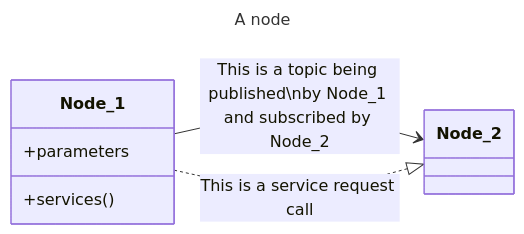
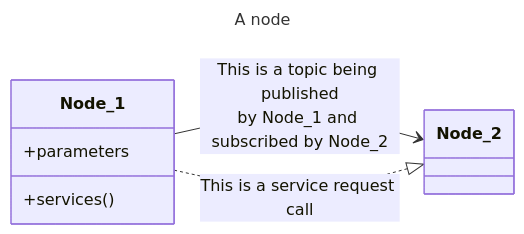
Before and after one commit to PYBrulin/axone: the second of 9 diagrams in README.md, drawn with Mermaid. The commit also changed other lines of this file and 3 other files, not shown here.

````diff
--- a/README.md
+++ b/README.md
@@ -56,16 +56,16 @@
 ```mermaid
 ---
 title: A node
 ---
 classDiagram
     direction LR
     class Node_1{
         +parameters
         +services()
     }
     class Node_2{
     }
 
-    Node_1 --> Node_2 : This is a topic being published\nby Node_1 and subscribed by Node_2
+    Node_1 --> Node_2 : This is a topic being published</br>by Node_1 and subscribed by Node_2
     Node_1 ..|> Node_2 : This is a service request call
 ```
````
